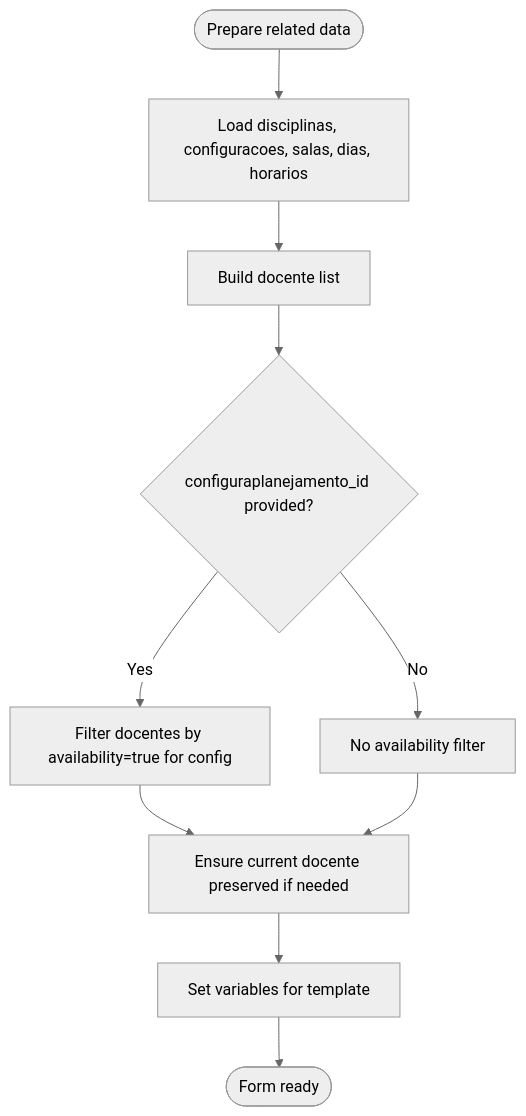
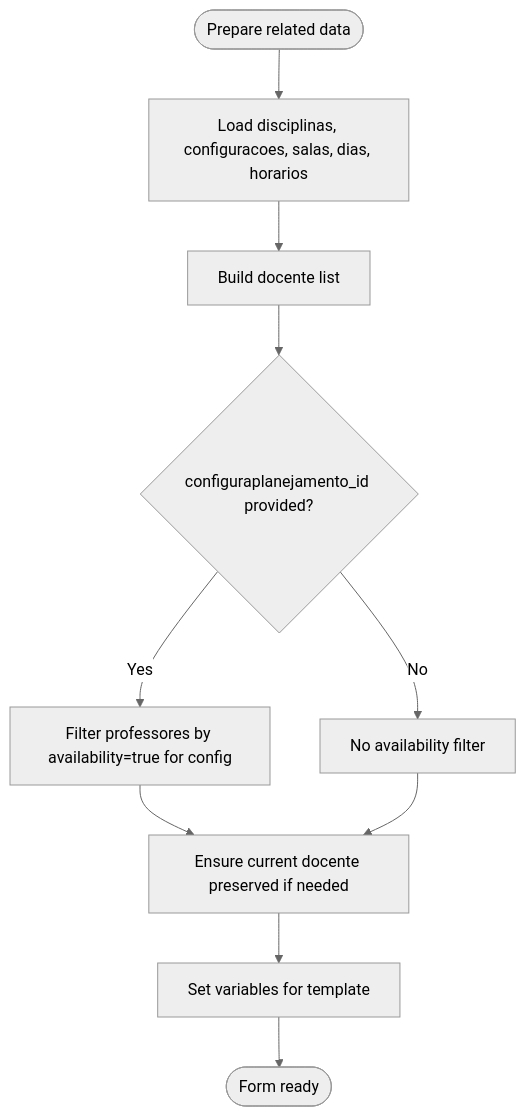
The fifth of 8 diagrams in .qoder/repowiki/en/content/Project Overview/Core Features Overview/Academic Planning Management/Schedule Creation Workflow.md (luiseduacosta/planejamento5), drawn with Mermaid (neutral theme) before and after one commit. The commit also changed other lines of this file and 37 other files, not shown here.

Commit message:
repowiki: rename Docentes → Professores in metadata

````diff
--- a/.qoder/repowiki/en/content/Project Overview/Core Features Overview/Academic Planning Management/Schedule Creation Workflow.md
+++ b/.qoder/repowiki/en/content/Project Overview/Core Features Overview/Academic Planning Management/Schedule Creation Workflow.md
@@ -204,12 +204,12 @@
 ```mermaid
 flowchart TD
 Start(["Prepare related data"]) --> LoadLists["Load disciplinas, configuracoes, salas, dias, horarios"]
-LoadLists --> BuildDocentes["Build docente list"]
-BuildDocentes --> HasSemester{"configuraplanejamento_id provided?"}
-HasSemester --> |Yes| FilterAvail["Filter docentes by availability=true for config"]
+LoadLists --> BuildProfessores["Build docente list"]
+BuildProfessores --> HasSemester{"configuraplanejamento_id provided?"}
+HasSemester --> |Yes| FilterAvail["Filter professores by availability=true for config"]
 HasSemester --> |No| NoFilter["No availability filter"]
 FilterAvail --> EnsureCurrent["Ensure current docente preserved if needed"]
 NoFilter --> EnsureCurrent
 EnsureCurrent --> Render["Set variables for template"]
 Render --> End(["Form ready"])
 ```
````
